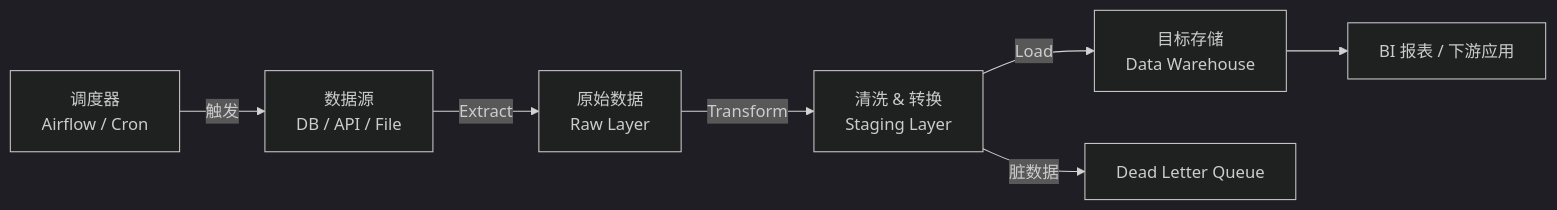
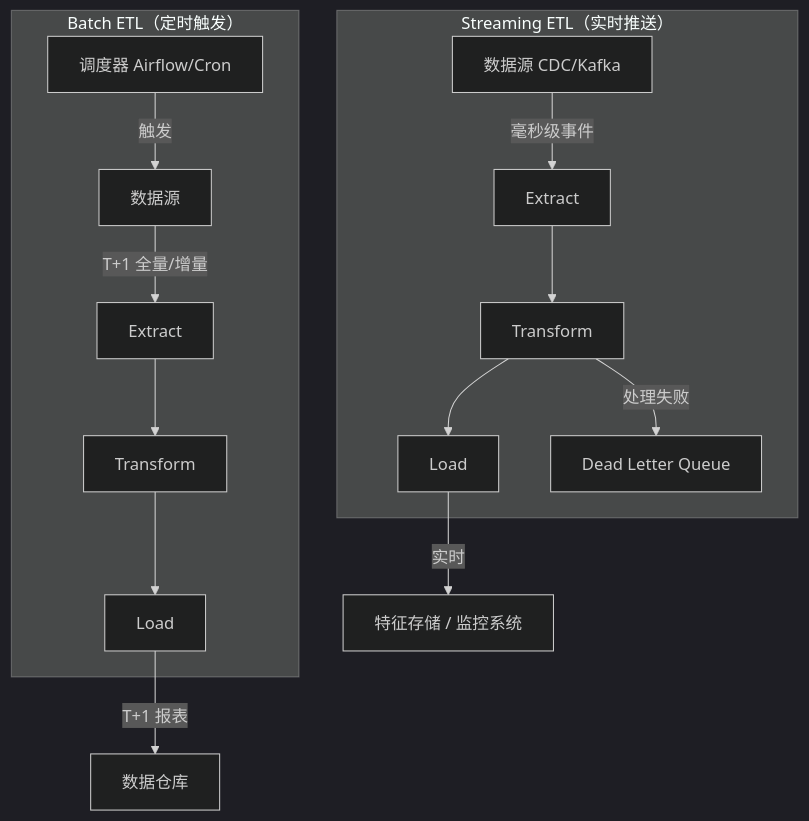
The diagram in knowledge/data/pipeline/etl-design.md (AmbitionC/front-end-journey-resource), drawn with Mermaid (dark theme) before and after one commit. The commit also changed other lines of this file and 60 other files, not shown here.

````diff
--- a/knowledge/data/pipeline/etl-design.md
+++ b/knowledge/data/pipeline/etl-design.md
@@ -168,9 +60,19 @@
 ```mermaid
-flowchart LR
-    A[数据源\nDB / API / File] -->|Extract| B[原始数据\nRaw Layer]
-    B -->|Transform| C[清洗 & 转换\nStaging Layer]
-    C -->|Load| D[目标存储\nData Warehouse]
-    C -->|脏数据| E[Dead Letter Queue]
-    F[调度器\nAirflow / Cron] -->|触发| A
-    D --> G[BI 报表 / 下游应用]
+flowchart TD
+    subgraph Batch["Batch ETL（定时触发）"]
+        B1[数据源] -->|T+1 全量/增量| B2[Extract]
+        B2 --> B3[Transform]
+        B3 --> B4[Load]
+        B5[调度器 Airflow/Cron] -->|触发| B1
+    end
+
+    subgraph Stream["Streaming ETL（实时推送）"]
+        S1[数据源 CDC/Kafka] -->|毫秒级事件| S2[Extract]
+        S2 --> S3[Transform]
+        S3 --> S4[Load]
+        S3 -->|处理失败| S5[Dead Letter Queue]
+    end
+
+    B4 -->|T+1 报表| R1[数据仓库]
+    S4 -->|实时| R2[特征存储 / 监控系统]
 ```
````
